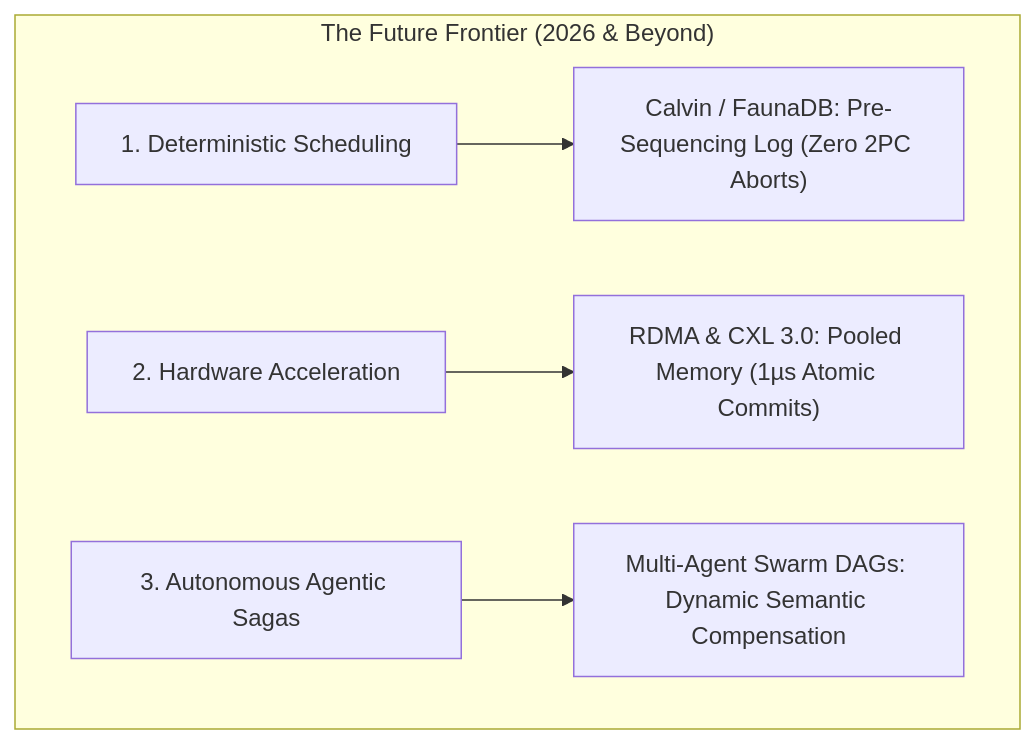
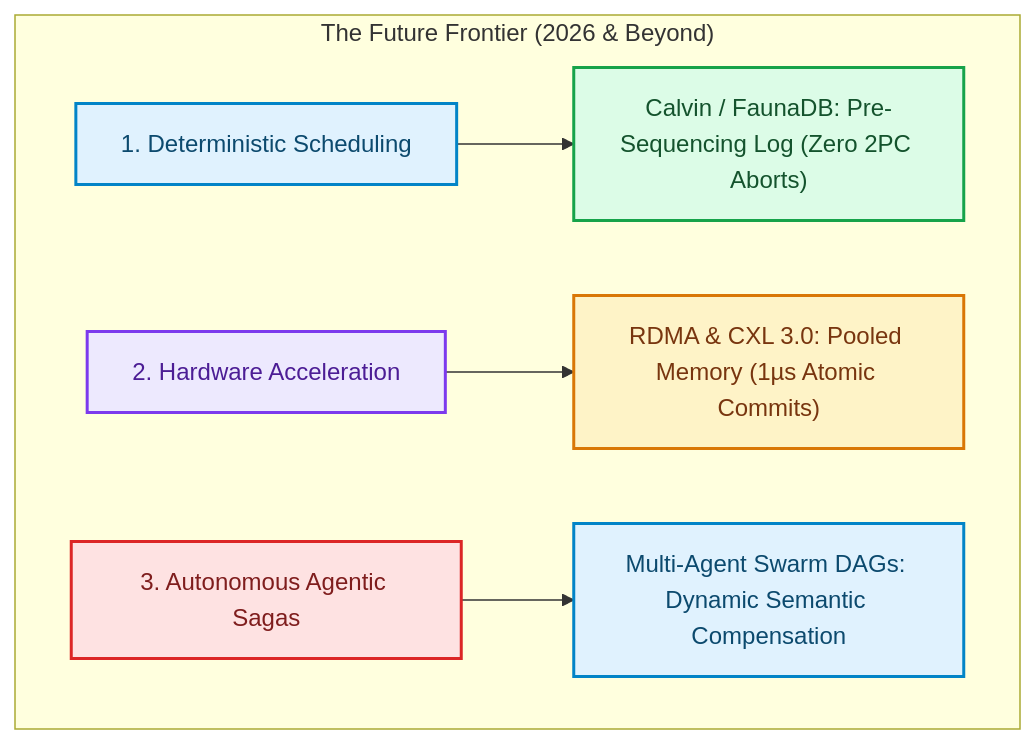
The first of 3 diagrams in blog/posts/distributed-transactions-evolution-future-calvin-deterministic-rdma-cxl-agentic.md (akmalkhaniub/akmalkhaniub.github.io), drawn with Mermaid before and after one commit. The commit also changed other lines of this file and 1291 other files, not shown here.

First line of the commit message:
feat(catalog): unique covers, scholarly references, and diagram palettes

````diff
--- a/blog/posts/distributed-transactions-evolution-future-calvin-deterministic-rdma-cxl-agentic.md
+++ b/blog/posts/distributed-transactions-evolution-future-calvin-deterministic-rdma-cxl-agentic.md
@@ -11,8 +11,19 @@
 ```mermaid
 flowchart TD
   subgraph SG1_TheFutureFrontier ["The Future Frontier (2026 & Beyond)"]
-    F1[1. Deterministic Scheduling] --> Calvin["Calvin / FaunaDB: Pre-Sequencing Log (Zero 2PC Aborts)"]
-    F2[2. Hardware Acceleration] --> RDMA["RDMA & CXL 3.0: Pooled Memory (1µs Atomic Commits)"]
-    F3[3. Autonomous Agentic Sagas] --> Agents["Multi-Agent Swarm DAGs: Dynamic Semantic Compensation"]
+    F1["1. Deterministic Scheduling"] --> Calvin["Calvin / FaunaDB: Pre-Sequencing Log (Zero 2PC Aborts)"]
+    F2["2. Hardware Acceleration"] --> RDMA["RDMA & CXL 3.0: Pooled Memory (1µs Atomic Commits)"]
+    F3["3. Autonomous Agentic Sagas"] --> Agents["Multi-Agent Swarm DAGs: Dynamic Semantic Compensation"]
   end
+
+classDef green fill:#dcfce7,stroke:#16a34a,stroke-width:2px,color:#14532d;
+classDef red fill:#fee2e2,stroke:#dc2626,stroke-width:2px,color:#7f1d1d;
+classDef blue fill:#e0f2fe,stroke:#0284c7,stroke-width:2px,color:#0c4a6e;
+classDef yellow fill:#fef3c7,stroke:#d97706,stroke-width:2px,color:#78350f;
+classDef purple fill:#ede9fe,stroke:#7c3aed,stroke-width:2px,color:#4c1d95;
+class F1,Agents blue
+class Calvin green
+class F2 purple
+class RDMA yellow
+class F3 red
 ```
````
